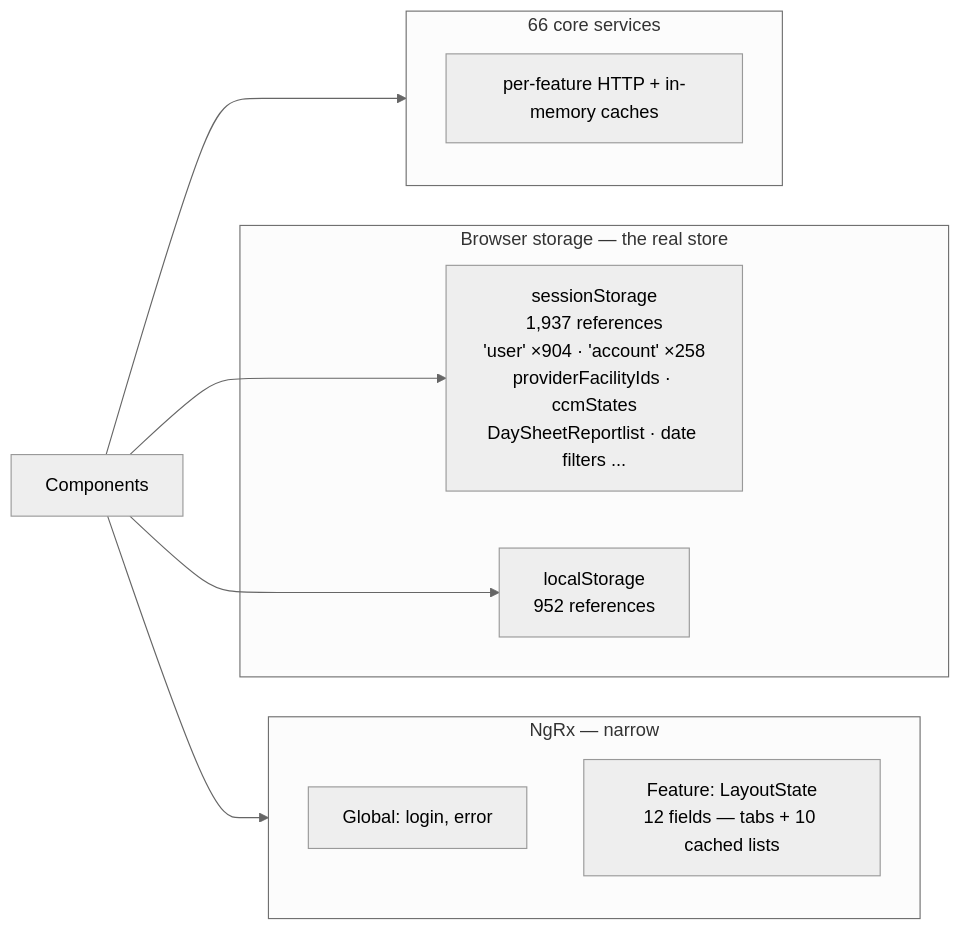
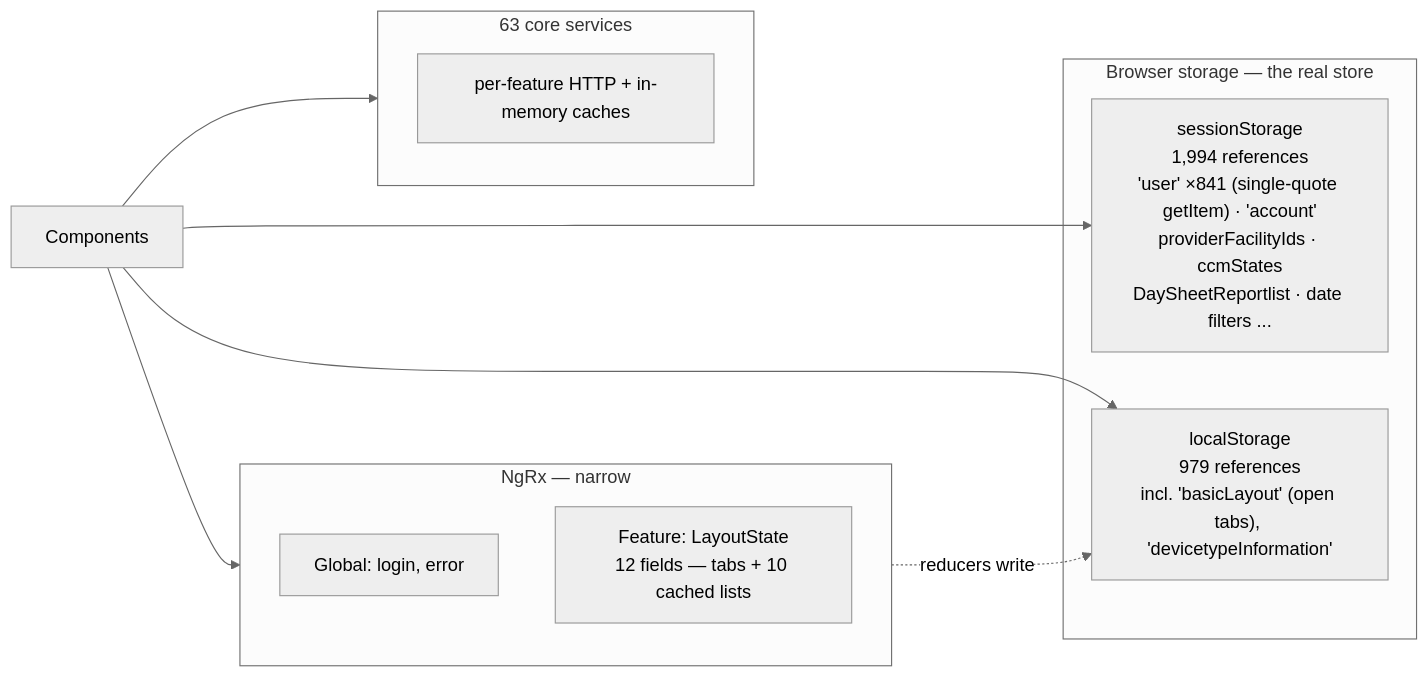
One commit to hemsingh-3PG/sai-systems-AIRE changed the fourth of 5 diagrams in docs/architecture/current/09-spa-shell-navigation-deep-dive.md. Above: the diagram before and after it, drawn with Mermaid (neutral theme). The commit also changed other lines of this file and 285 other files, not shown here.

````diff
--- a/docs/architecture/current/09-spa-shell-navigation-deep-dive.md
+++ b/docs/architecture/current/09-spa-shell-navigation-deep-dive.md
@@ -117,19 +146,20 @@
 ```mermaid
 flowchart LR
   subgraph NgRx["NgRx — narrow"]
     G["Global: login, error"]
     L["Feature: LayoutState<br/>12 fields — tabs + 10 cached lists"]
   end
   subgraph Browser["Browser storage — the real store"]
-    SS["sessionStorage<br/>1,937 references<br/>'user' ×904 · 'account' ×258<br/>providerFacilityIds · ccmStates<br/>DaySheetReportlist · date filters ..."]
-    LS["localStorage<br/>952 references"]
+    SS["sessionStorage<br/>1,994 references<br/>'user' ×841 (single-quote getItem) · 'account'<br/>providerFacilityIds · ccmStates<br/>DaySheetReportlist · date filters ..."]
+    LS["localStorage<br/>979 references<br/>incl. 'basicLayout' (open tabs), 'devicetypeInformation'"]
   end
-  subgraph Svc["66 core services"]
+  subgraph Svc["63 core services"]
     S["per-feature HTTP + in-memory caches"]
   end
 
   C["Components"] --> NgRx
   C --> SS
   C --> LS
   C --> Svc
+  NgRx -.->|"reducers write"| LS
 ```
````
